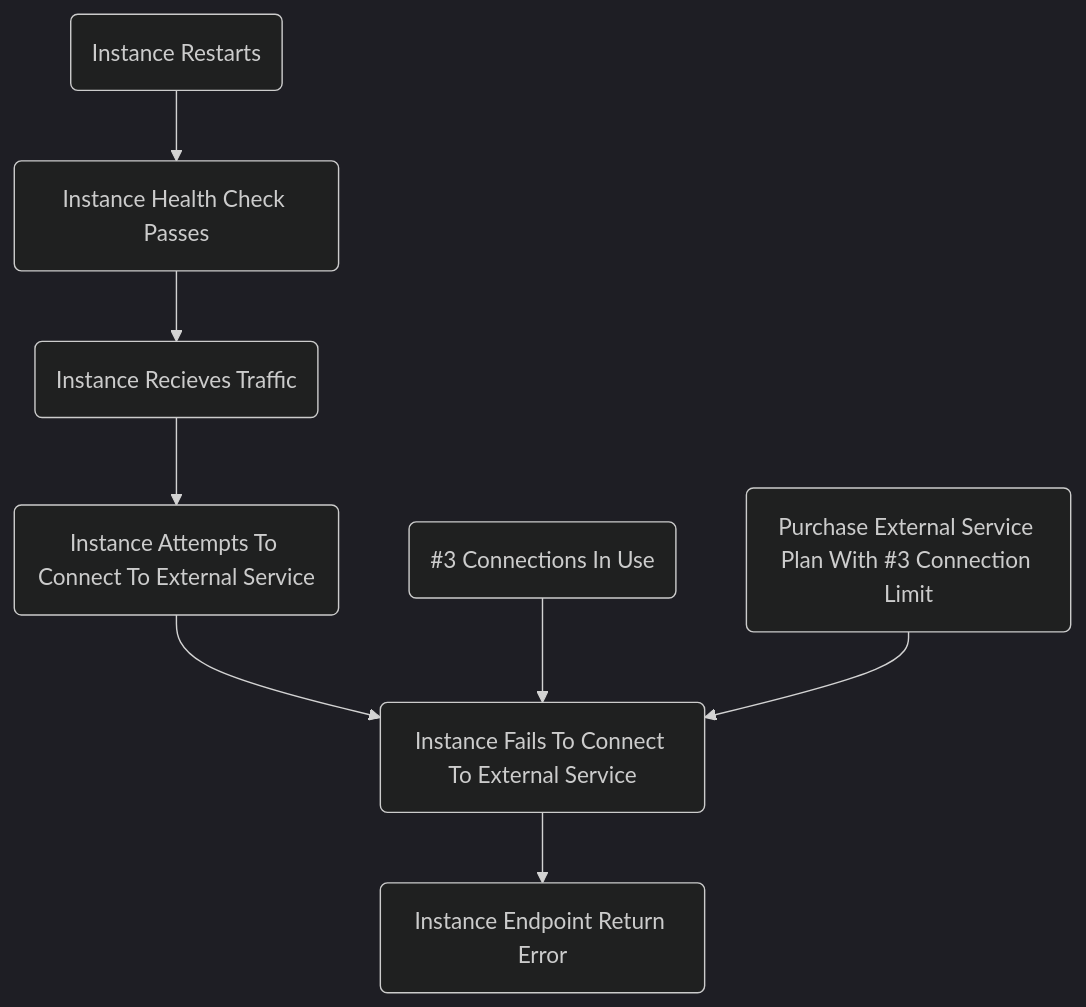
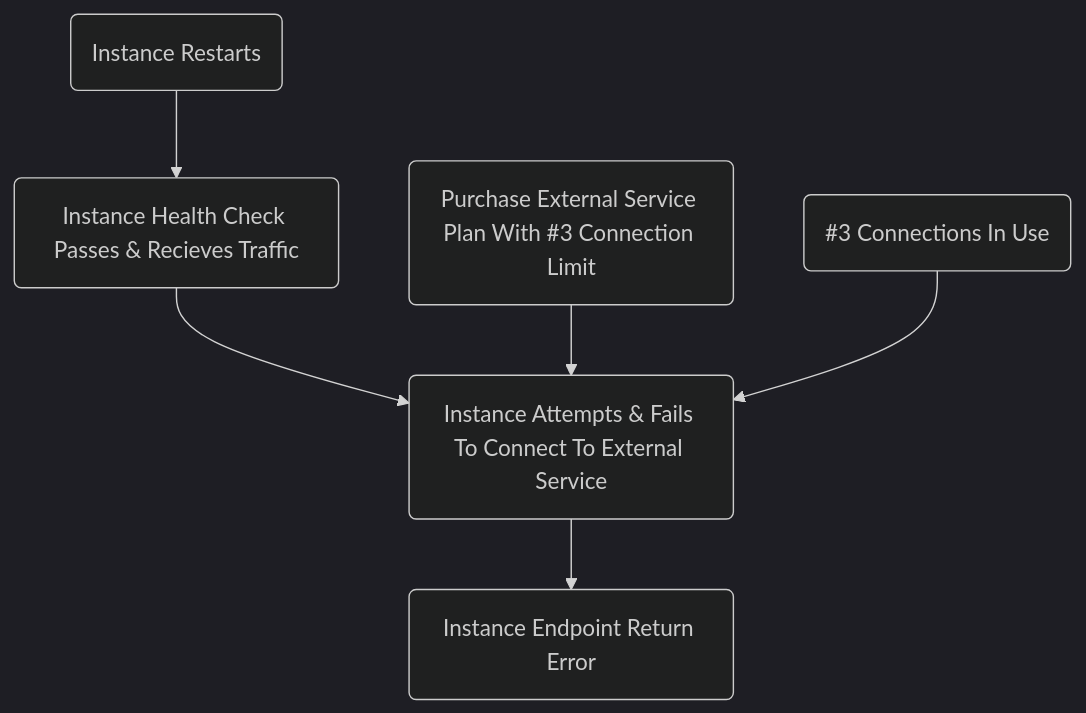
Before and after one commit to Cori1109/Cori1109.github.io: the diagram in content/post/causal-diagrams.md, drawn with Mermaid (dark theme). The commit also changed other lines of this file, not shown here.

````diff
--- a/content/post/causal-diagrams.md
+++ b/content/post/causal-diagrams.md
@@ -16,17 +18,13 @@
 ```mermaid
 graph TD
-    A(Instance Restarts)
-    B(Instance Attempts To Connect To External Service)
-    C(Instance Fails To Connect To External Service)
-    D(Purchase External Service Plan With #3 Connection Limit)
-    E(#3 Connections In Use)
-    F(Instance Health Check Passes)
-    G(Instance Recieves Traffic)
-    H(Instance Endpoint Return Error)
-   
-    G --> B --> C
-    A --> F --> G
-    E --> C
-    D --> C
-    C --> H
+  A(Instance Restarts)
+  B(Instance Health Check Passes & Recieves Traffic)
+  C(Instance Attempts & Fails To Connect To External Service)
+  D(Instance Endpoint Return Error)
+  E(Purchase External Service Plan With #3 Connection Limit)
+  F(#3 Connections In Use)
+  
+  A --> B --> C --> D
+  E --> C
+  F --> C
 ```
````
